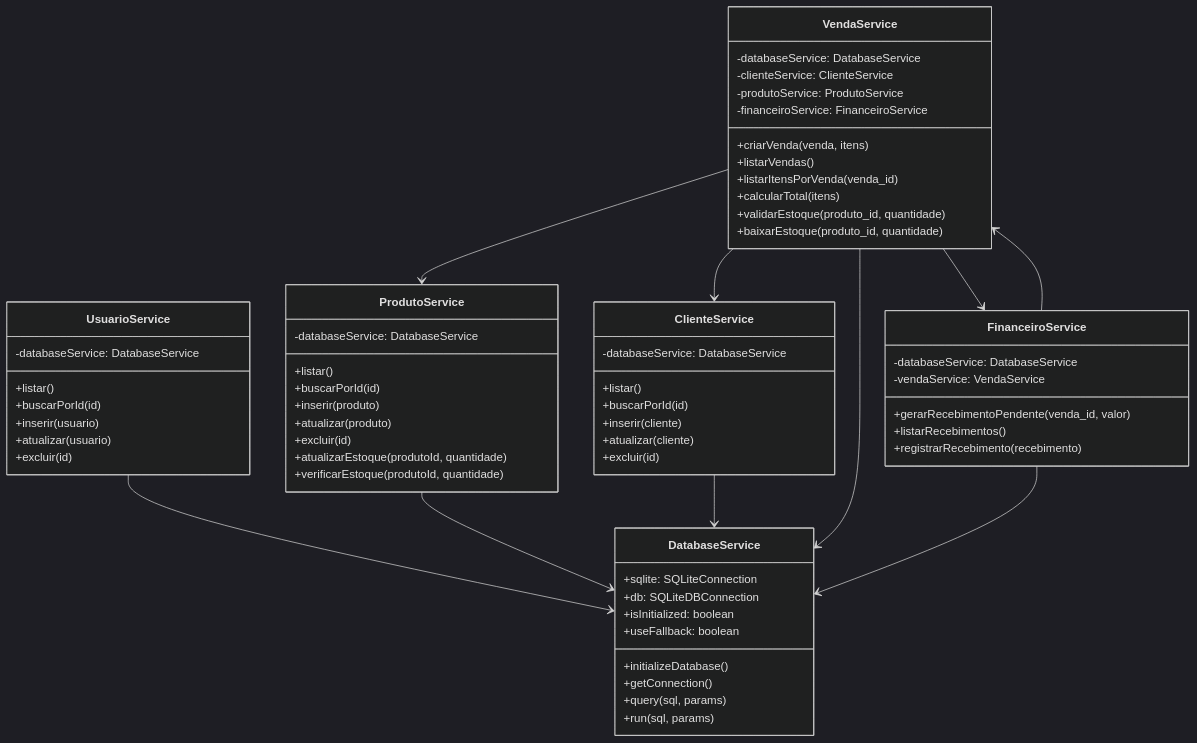
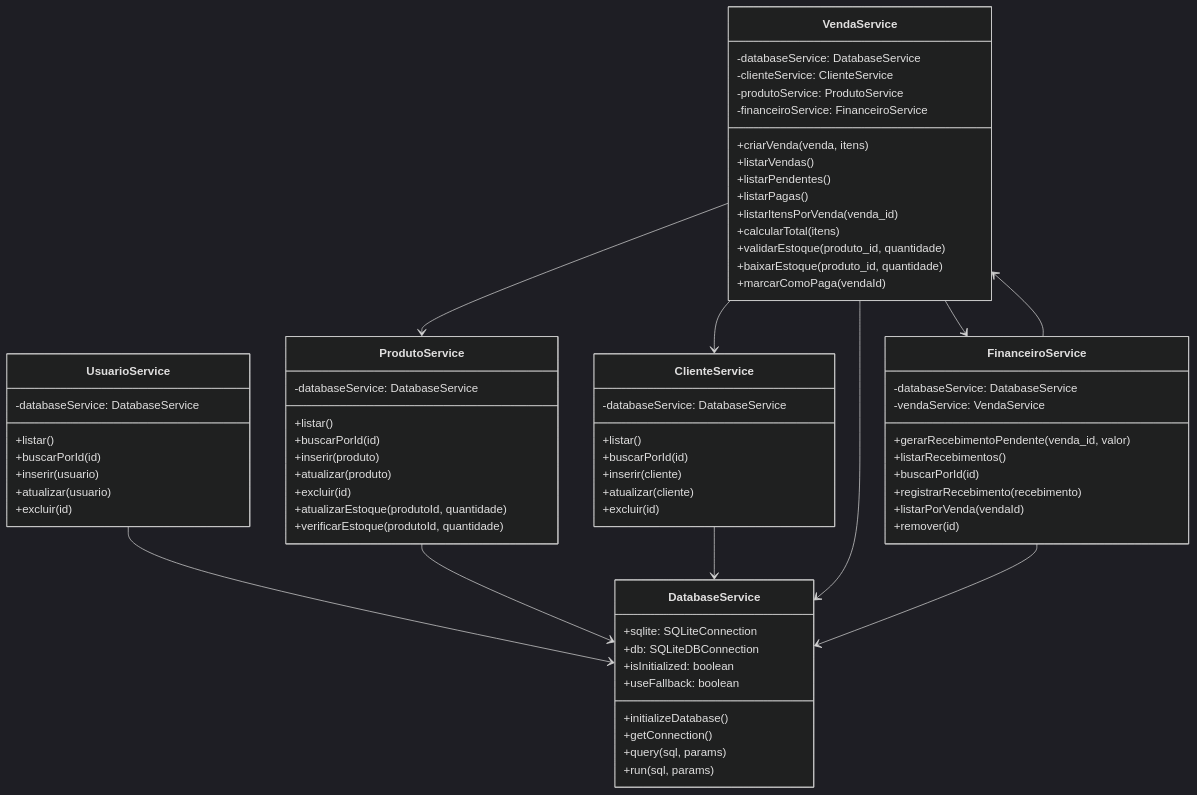
Before and after one commit to EduardoHenrrykSimonato/sistema-gestao-comercial: the fourth of 6 diagrams in documentacao/DIAGRAMAS.md, drawn with Mermaid (dark theme). The commit also changed other lines of this file and 9 other files, not shown here.

````diff
--- a/documentacao/DIAGRAMAS.md
+++ b/documentacao/DIAGRAMAS.md
@@ -104,73 +104,79 @@
 ```mermaid
 classDiagram
     class DatabaseService {
         +sqlite: SQLiteConnection
         +db: SQLiteDBConnection
         +isInitialized: boolean
         +useFallback: boolean
         +initializeDatabase()
         +getConnection()
         +query(sql, params)
         +run(sql, params)
     }
 
     class UsuarioService {
         -databaseService: DatabaseService
         +listar()
         +buscarPorId(id)
         +inserir(usuario)
         +atualizar(usuario)
         +excluir(id)
     }
 
     class ProdutoService {
         -databaseService: DatabaseService
         +listar()
         +buscarPorId(id)
         +inserir(produto)
         +atualizar(produto)
         +excluir(id)
         +atualizarEstoque(produtoId, quantidade)
         +verificarEstoque(produtoId, quantidade)
     }
 
     class ClienteService {
         -databaseService: DatabaseService
         +listar()
         +buscarPorId(id)
         +inserir(cliente)
         +atualizar(cliente)
         +excluir(id)
     }
 
     class VendaService {
         -databaseService: DatabaseService
         -clienteService: ClienteService
         -produtoService: ProdutoService
         -financeiroService: FinanceiroService
         +criarVenda(venda, itens)
         +listarVendas()
+        +listarPendentes()
+        +listarPagas()
         +listarItensPorVenda(venda_id)
         +calcularTotal(itens)
         +validarEstoque(produto_id, quantidade)
         +baixarEstoque(produto_id, quantidade)
+        +marcarComoPaga(vendaId)
     }
 
     class FinanceiroService {
         -databaseService: DatabaseService
         -vendaService: VendaService
         +gerarRecebimentoPendente(venda_id, valor)
         +listarRecebimentos()
+        +buscarPorId(id)
         +registrarRecebimento(recebimento)
+        +listarPorVenda(vendaId)
+        +remover(id)
     }
 
     UsuarioService --> DatabaseService
     ProdutoService --> DatabaseService
     ClienteService --> DatabaseService
     VendaService --> DatabaseService
     VendaService --> ClienteService
     VendaService --> ProdutoService
     VendaService --> FinanceiroService
     FinanceiroService --> DatabaseService
     FinanceiroService --> VendaService
 ```
````
